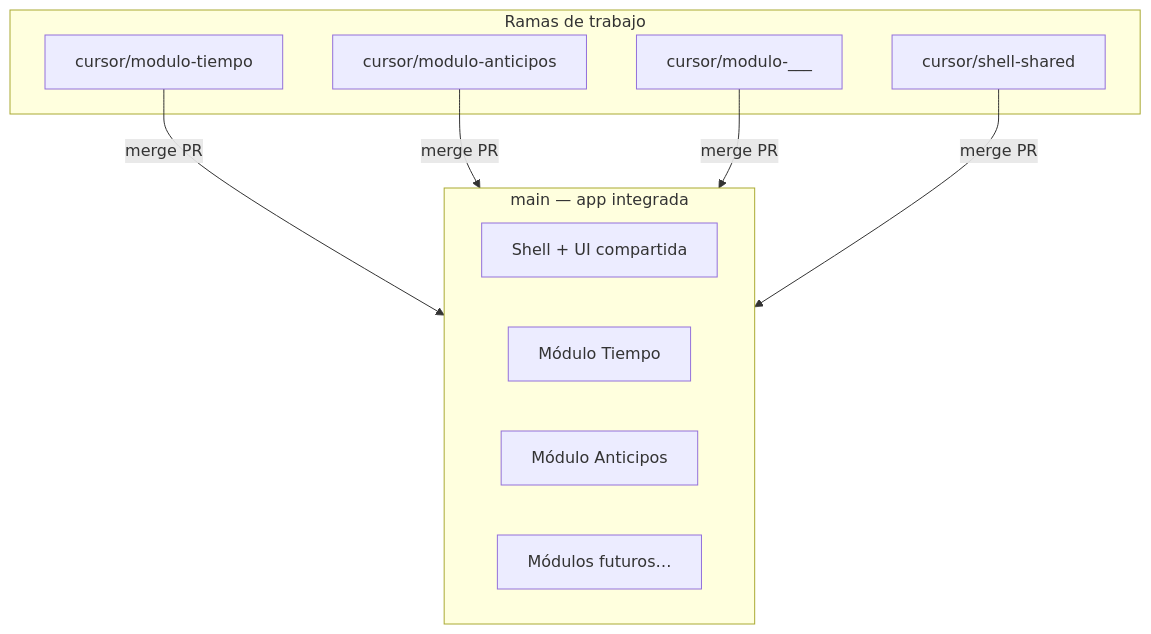
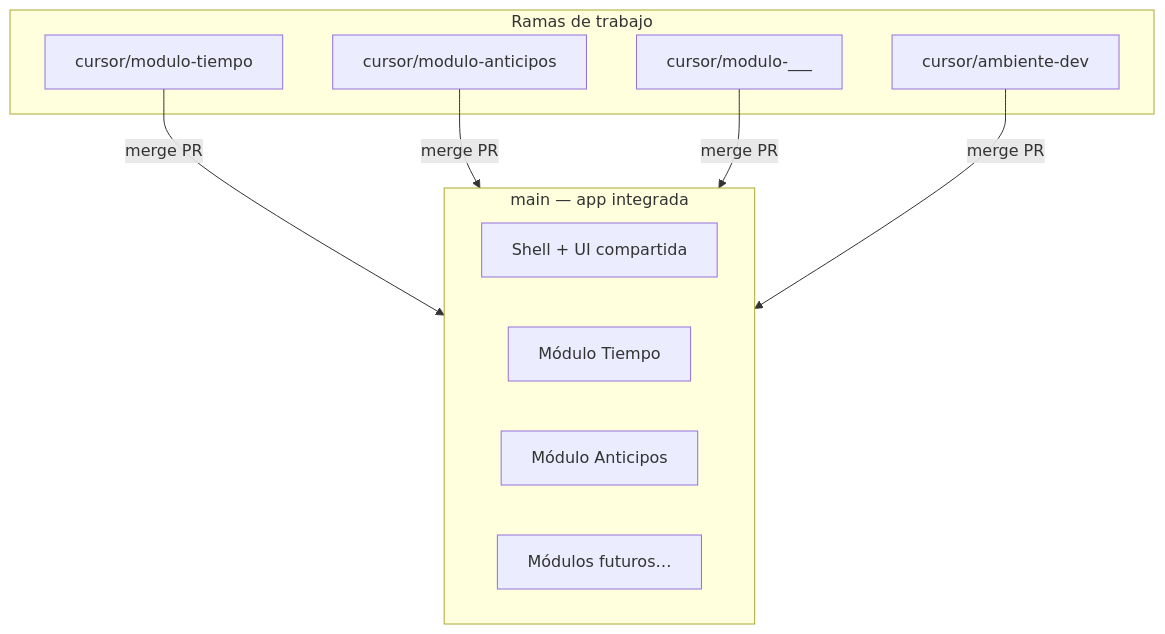
The diagram in docs/MODULES.md (monse-po/portal-empleados), drawn with Mermaid before and after one commit. The commit also changed other lines of this file and 3 other files, not shown here.

Commit message:
Name the DEV working branch ambiente-dev so it matches what runs on hmv-empleados-dev.

````diff
--- a/docs/MODULES.md
+++ b/docs/MODULES.md
@@ -7,21 +7,21 @@
 ```mermaid
 flowchart TB
   subgraph main_branch [main — app integrada]
     Shell[Shell + UI compartida]
     T[Módulo Tiempo]
     A[Módulo Anticipos]
     F[Módulos futuros…]
   end
 
   subgraph branches [Ramas de trabajo]
     B1[cursor/modulo-tiempo]
     B2[cursor/modulo-anticipos]
     B3[cursor/modulo-___]
-    BS[cursor/shell-shared]
+    BS[cursor/ambiente-dev]
   end
 
   B1 -->|merge PR| main_branch
   B2 -->|merge PR| main_branch
   B3 -->|merge PR| main_branch
   BS -->|merge PR| main_branch
 ```
````
